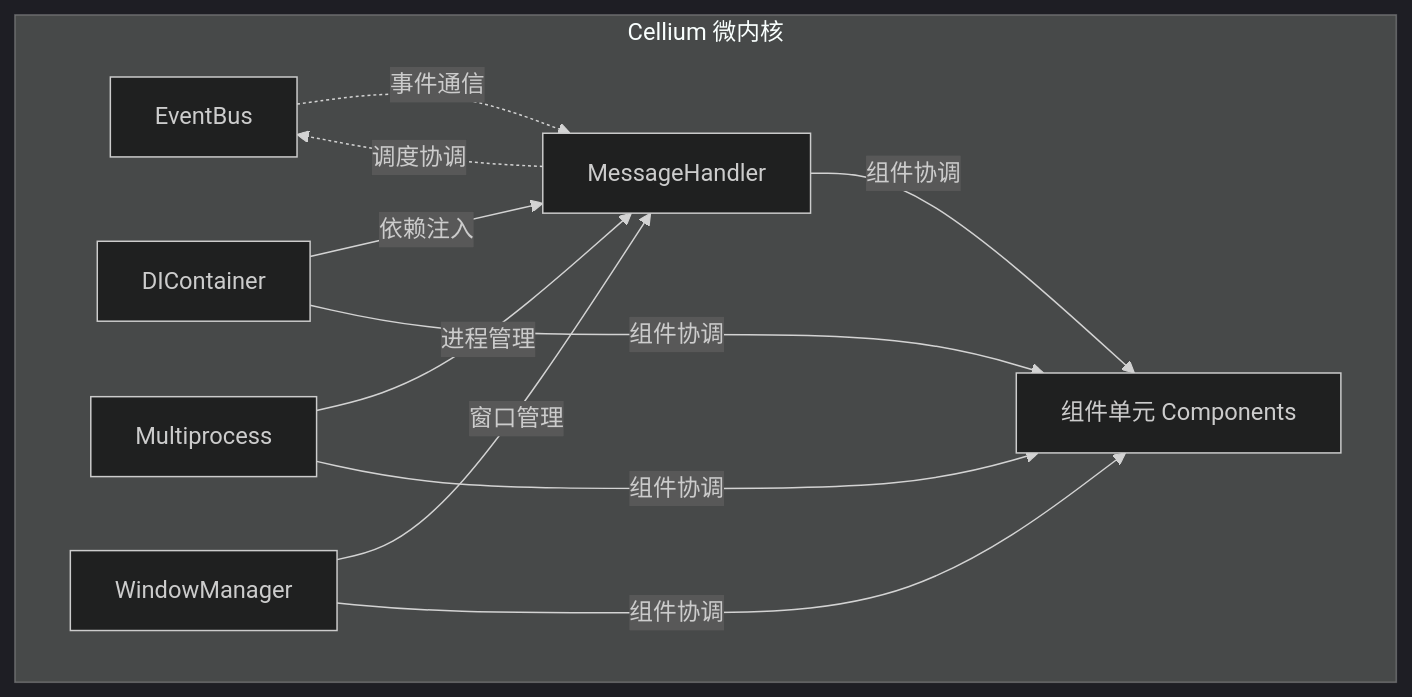
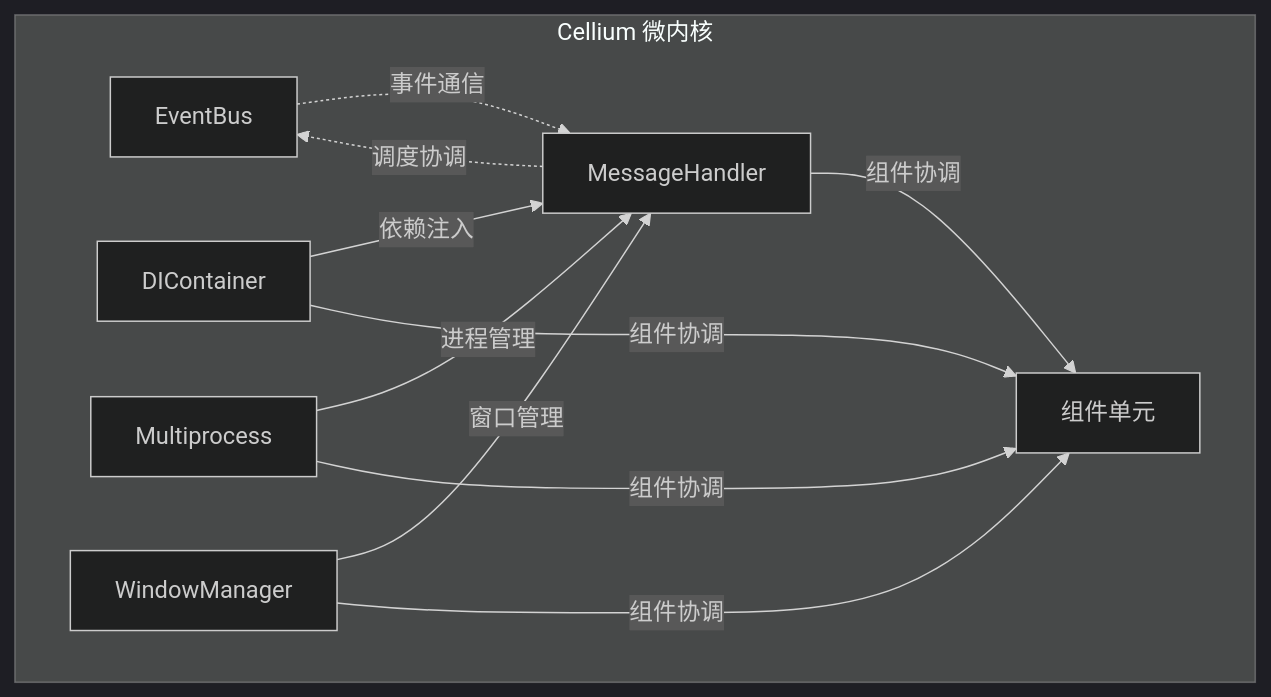
Before and after one commit to xiaojinao/Cellium: the fourth of 4 diagrams in README.md, drawn with Mermaid (dark theme). The commit also changed other lines of this file and 1 other file, not shown here.

First line of the commit message:
docs: 更新README中的流程图样式和描述

````diff
--- a/README.md
+++ b/README.md
@@ -250,20 +250,20 @@
 ```mermaid
 flowchart TB
     subgraph Kernel["Cellium 微内核"]
-        EB[EventBus]
-        MH[MessageHandler]
-        DI[DIContainer]
-        MP[Multiprocess]
-        WM[WindowManager]
-        Components[组件单元 Components]
+        EB["EventBus"]
+        MH["MessageHandler"]
+        DI["DIContainer"]
+        MP["Multiprocess"]
+        WM["WindowManager"]
+        Components["组件单元"]
     end
 
-    MH -.->|调度协调| EB
-    EB -.->|事件通信| MH
+    MH -.->|"调度协调"| EB
+    EB -.->|"事件通信"| MH
     
     DI -->|"依赖注入"| MH
     MP -->|"进程管理"| MH
     WM -->|"窗口管理"| MH
     
     MH & DI & MP & WM -->|"组件协调"| Components
 ```
````
